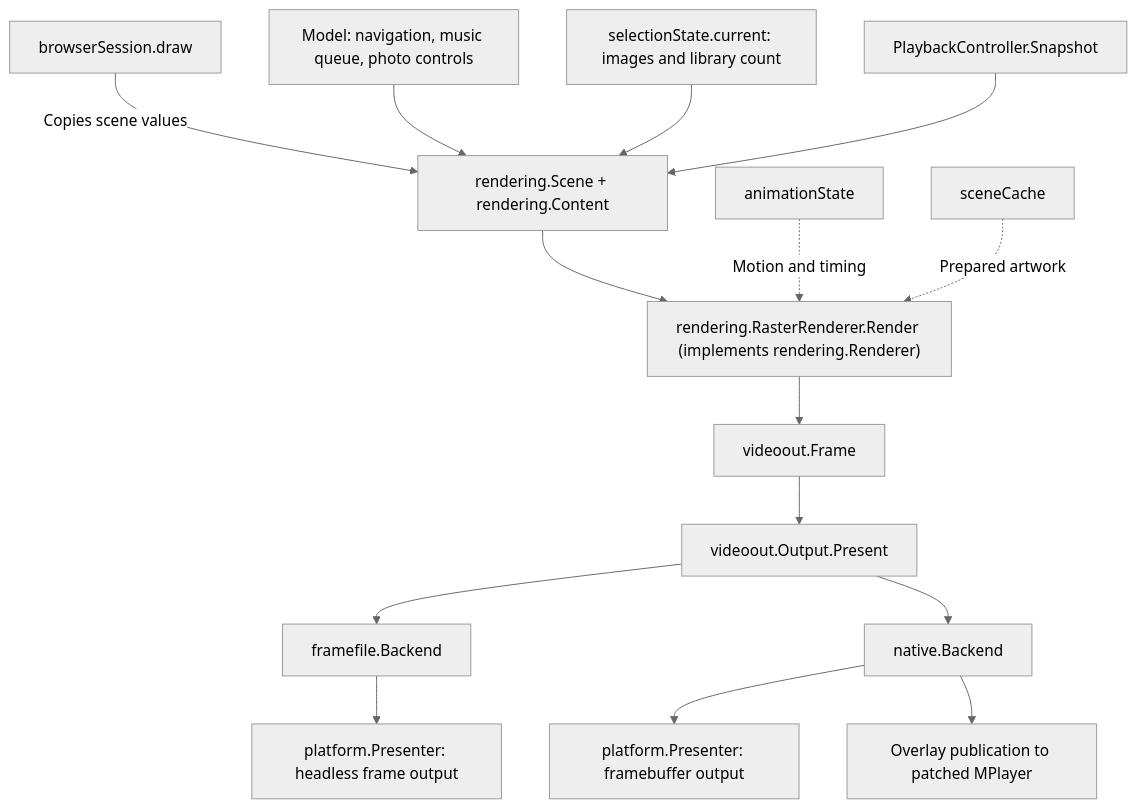
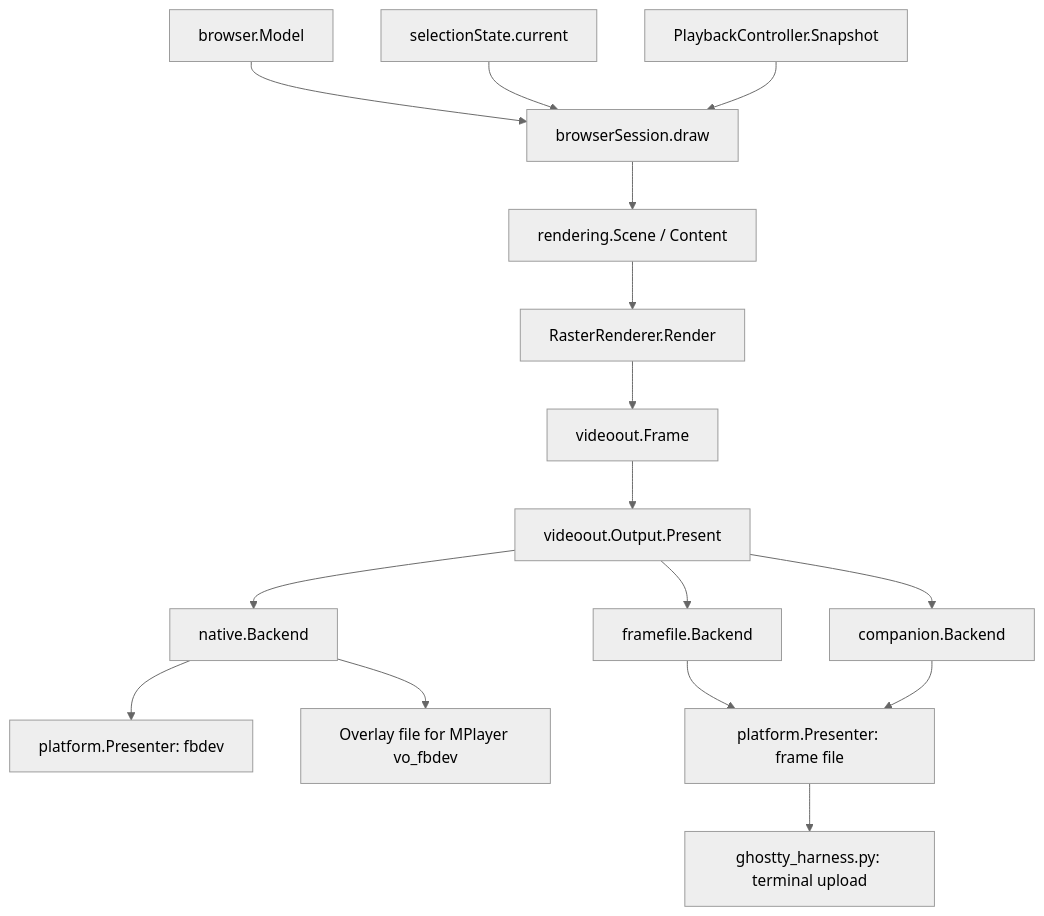
The first of 2 diagrams in docs/GO_RENDERING.md (trentnix/misterfin-crt), drawn with Mermaid (neutral theme) before and after one commit. The commit also changed other lines of this file and 30 other files, not shown here.

Commit message:
Consolidate documentation around current behavior and architecture

````diff
--- a/docs/GO_RENDERING.md
+++ b/docs/GO_RENDERING.md
@@ -9,17 +7,18 @@
 ```mermaid
 flowchart TD
-    Run["browserSession.draw"] -->|"Copies scene values"| Scene["rendering.Scene + rendering.Content"]
-    Model["Model: navigation, music queue, photo controls"] --> Scene
-    Selection["selectionState.current: images and library count"] --> Scene
-    Controller["PlaybackController.Snapshot"] --> Scene
-    Scene --> Raster["rendering.RasterRenderer.Render (implements rendering.Renderer)"]
-    Animation["animationState"] -.->|"Motion and timing"| Raster
-    Cache["sceneCache"] -.->|"Prepared artwork"| Raster
+    Model["browser.Model"] --> Draw["browserSession.draw"]
+    Selection["selectionState.current"] --> Draw
+    Controller["PlaybackController.Snapshot"] --> Draw
+    Draw --> Scene["rendering.Scene / Content"]
+    Scene --> Raster["RasterRenderer.Render"]
     Raster --> Frame["videoout.Frame"]
-    Frame --> Output["videoout.Output.Present"]
-    Output --> Ghostty["framefile.Backend"]
-    Output --> MiSTer["native.Backend"]
-    Ghostty --> GP["platform.Presenter: headless frame output"]
-    MiSTer --> MP["platform.Presenter: framebuffer output"]
-    MiSTer --> Overlay["Overlay publication to patched MPlayer"]
+    Frame --> Present["videoout.Output.Present"]
+    Present --> Native["native.Backend"]
+    Present --> File["framefile.Backend"]
+    Present --> Companion["companion.Backend"]
+    Native --> CRT["platform.Presenter: fbdev"]
+    Native --> Overlay["Overlay file for MPlayer vo_fbdev"]
+    File --> Headless["platform.Presenter: frame file"]
+    Companion --> Headless
+    Headless --> Terminal["ghostty_harness.py: terminal upload"]
 ```
````
